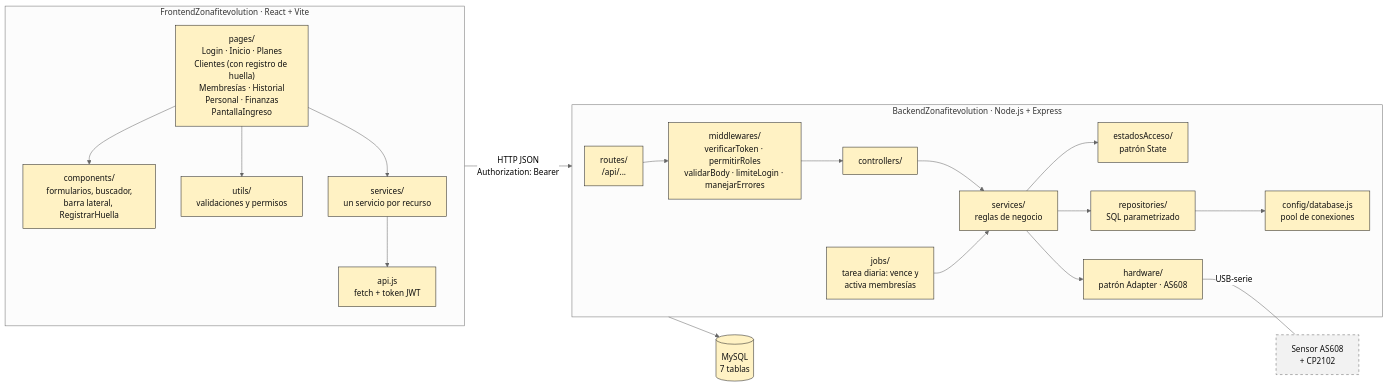
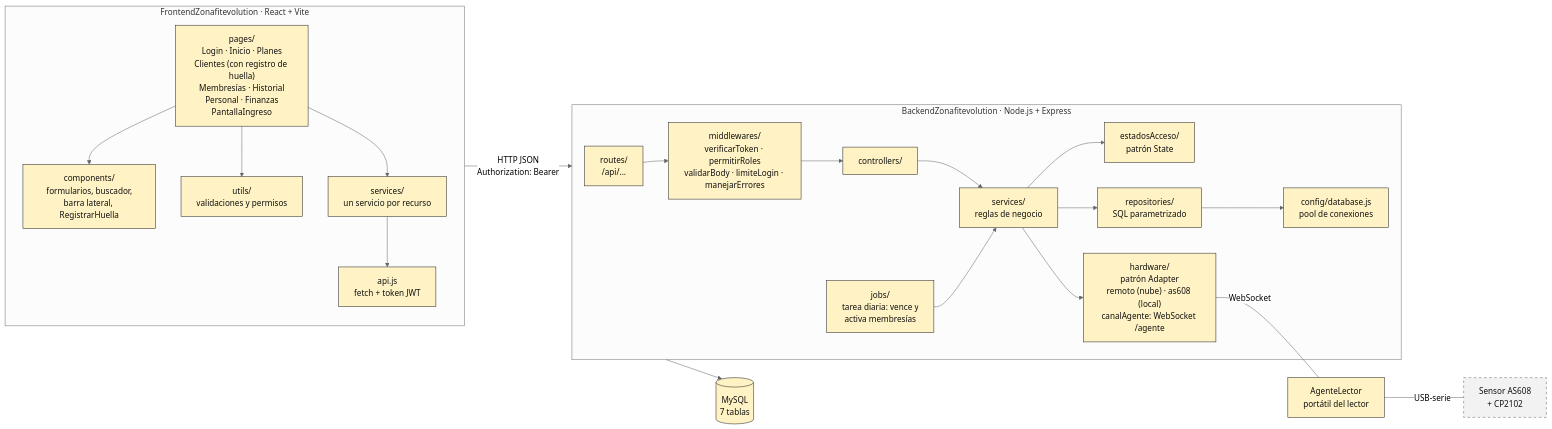
Before and after one commit to zonafitevolutionSENA/ZonaFitEvolution03: the diagram in docs/diagramas/componentes.mmd, drawn with Mermaid (neutral theme). The commit also changed 5 other files, not shown here.

Commit message:
docs(diagramas): actualizar contenedores, componentes y despliegue con Vercel, Railway y el agente del lector

```diff
--- a/docs/diagramas/componentes.mmd
+++ b/docs/diagramas/componentes.mmd
@@ -1,37 +1,39 @@
-%% DIA-003 · Vista de componentes (v1.2). Fuente del diagrama de docs/04-arquitectura.md
+%% DIA-003 · Vista de componentes (v1.3). Fuente del diagrama de docs/04-arquitectura.md
 flowchart LR
   subgraph front["FrontendZonafitevolution · React + Vite"]
     pages["pages/<br/>Login · Inicio · Planes<br/>Clientes (con registro de huella)<br/>Membresías · Historial<br/>Personal · Finanzas<br/>PantallaIngreso"]:::sis
     comp["components/<br/>formularios, buscador,<br/>barra lateral, RegistrarHuella"]:::sis
     utils["utils/<br/>validaciones y permisos"]:::sis
     fserv["services/<br/>un servicio por recurso"]:::sis
     apijs["api.js<br/>fetch + token JWT"]:::sis
     pages --> comp
     pages --> utils
     pages --> fserv
     fserv --> apijs
   end
   subgraph back["BackendZonafitevolution · Node.js + Express"]
     routes["routes/<br/>/api/..."]:::sis
     mw["middlewares/<br/>verificarToken · permitirRoles<br/>validarBody · limiteLogin · manejarErrores"]:::sis
     ctrl["controllers/"]:::sis
     bserv["services/<br/>reglas de negocio"]:::sis
     jobs["jobs/<br/>tarea diaria: vence y<br/>activa membresías"]:::sis
     estados["estadosAcceso/<br/>patrón State"]:::sis
-    hw["hardware/<br/>patrón Adapter · AS608"]:::sis
+    hw["hardware/<br/>patrón Adapter<br/>remoto (nube) · as608 (local)<br/>canalAgente: WebSocket /agente"]:::sis
     repos["repositories/<br/>SQL parametrizado"]:::sis
     cfg["config/database.js<br/>pool de conexiones"]:::sis
     routes --> mw --> ctrl --> bserv
     jobs --> bserv
     bserv --> estados
     bserv --> hw
     bserv --> repos --> cfg
   end
   db[("MySQL<br/>7 tablas")]:::sis
+  agente["AgenteLector<br/>portátil del lector"]:::sis
   sensor["Sensor AS608<br/>+ CP2102"]:::hw
   front -- "HTTP JSON<br/>Authorization: Bearer" --> back
-  hw -- "USB-serie" --- sensor
+  hw -- "WebSocket" --- agente
+  agente -- "USB-serie" --- sensor
   back --> db
   classDef sis fill:#FFF2C4,stroke:#222,stroke-width:1px,color:#111
   classDef actor fill:#1A1A1A,stroke:#1A1A1A,color:#FFFFFF
   classDef hw fill:#F2F2F2,stroke:#666,stroke-width:1px,stroke-dasharray:5 5,color:#111
```
